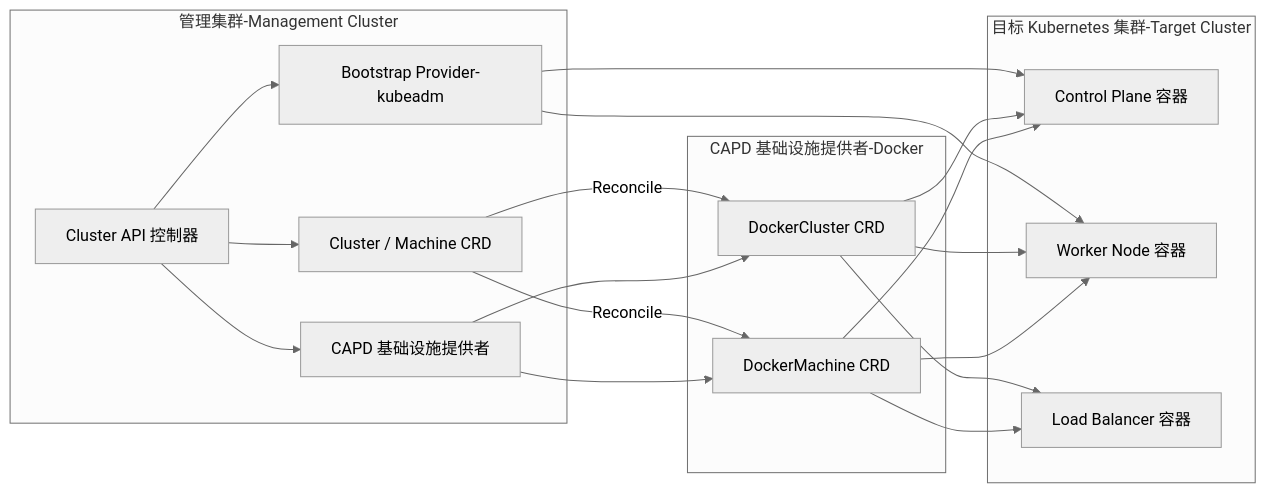
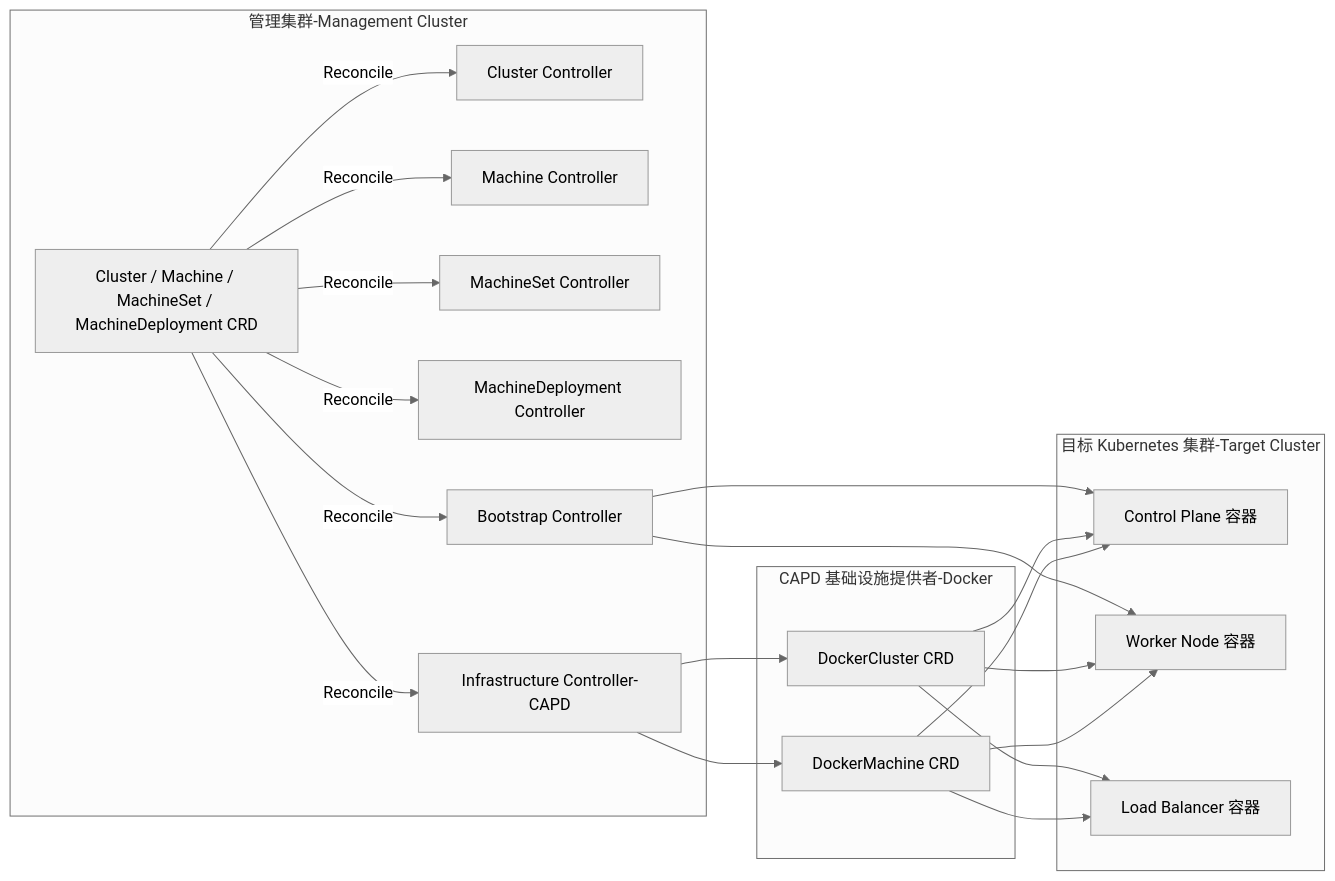
The first of 2 diagrams in cluster-api/docker-impl.md (javadoors/openshift-dev-guide), drawn with Mermaid (neutral theme) before and after one commit. The commit also changed other lines of this file, not shown here.

````diff
--- a/cluster-api/docker-impl.md
+++ b/cluster-api/docker-impl.md
@@ -4,25 +11,28 @@
 ```mermaid
 flowchart LR
     subgraph 管理集群[管理集群-Management Cluster]
-        A[Cluster API 控制器]
-        A --> B[Bootstrap Provider-kubeadm]
-        A --> C[CAPD 基础设施提供者]
-        A --> D[Cluster / Machine CRD]
+        A[Cluster Controller]
+        B[Machine Controller]
+        C[MachineSet Controller]
+        D[MachineDeployment Controller]
+        E[Bootstrap Controller]
+        F[Infrastructure Controller-CAPD]
+        G[Cluster / Machine / MachineSet / MachineDeployment CRD]
     end
 
     subgraph CAPD[CAPD 基础设施提供者-Docker]
-        E[DockerCluster CRD]
-        F[DockerMachine CRD]
+        H[DockerCluster CRD]
+        I[DockerMachine CRD]
     end
 
     subgraph 目标集群[目标 Kubernetes 集群-Target Cluster]
-        G[Control Plane 容器]
-        H[Worker Node 容器]
-        I[Load Balancer 容器]
+        J[Control Plane 容器]
+        K[Worker Node 容器]
+        L[Load Balancer 容器]
     end
 
-    D -->|Reconcile| E & F
-    C --> E & F
-    B --> G & H
-    E & F --> G & H & I
+    G -->|Reconcile| A & B & C & D & E & F
+    F --> H & I
+    E --> J & K
+    H & I --> J & K & L
 ```
````
